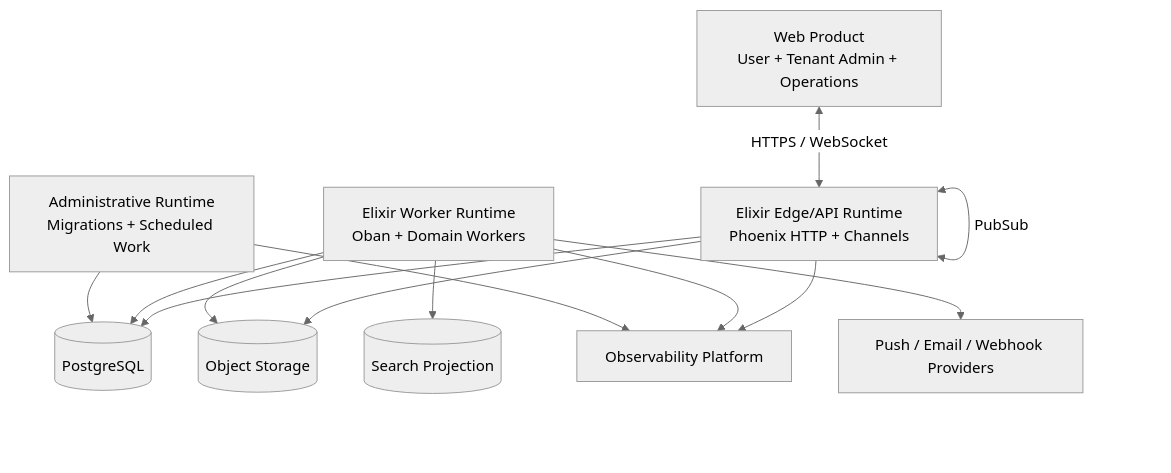
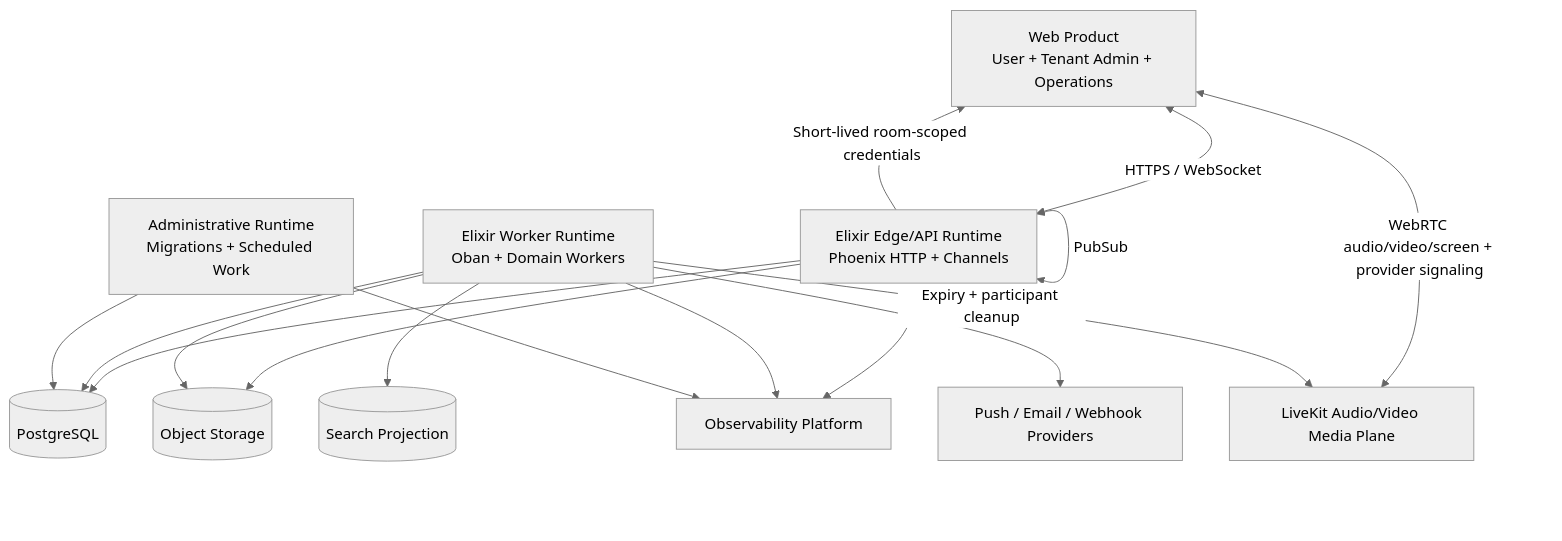
One commit to Soyuz-Tec/k-comms changed the diagram in docs/02-architecture/c4/02-container-view.md. Above: the diagram before and after it, drawn with Mermaid (neutral theme). The commit also changed other lines of this file and 315 other files, not shown here.

````diff
--- a/docs/02-architecture/c4/02-container-view.md
+++ b/docs/02-architecture/c4/02-container-view.md
@@ -3,25 +3,29 @@
 ```mermaid
 flowchart TB
     Client[Web Product\nUser + Tenant Admin + Operations]
     Edge[Elixir Edge/API Runtime\nPhoenix HTTP + Channels]
     Worker[Elixir Worker Runtime\nOban + Domain Workers]
     Admin[Administrative Runtime\nMigrations + Scheduled Work]
     DB[(PostgreSQL)]
     Obj[(Object Storage)]
     Search[(Search Projection)]
     Obs[Observability Platform]
     Providers[Push / Email / Webhook Providers]
+    Media[LiveKit Audio/Video Media Plane]
 
     Client <-->|HTTPS / WebSocket| Edge
+    Client <-->|WebRTC audio/video/screen + provider signaling| Media
+    Edge -->|Short-lived room-scoped credentials| Client
     Edge --> DB
     Edge --> Obj
     Edge --> Obs
     Edge <-->|PubSub| Edge
     Worker --> DB
     Worker --> Obj
     Worker --> Search
     Worker --> Providers
+    Worker -->|Expiry + participant cleanup| Media
     Worker --> Obs
     Admin --> DB
     Admin --> Obs
 ```
````
